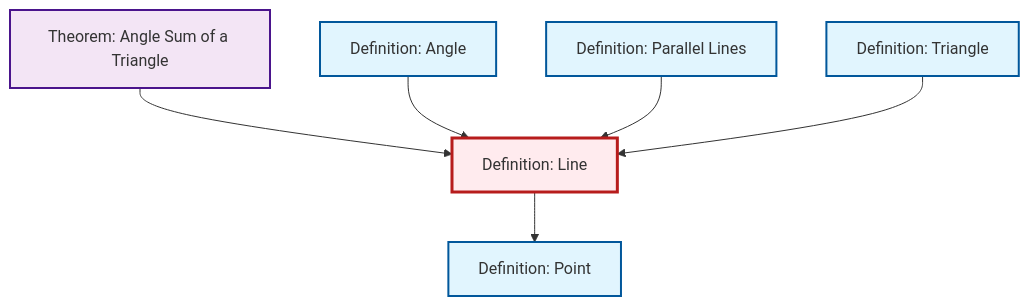
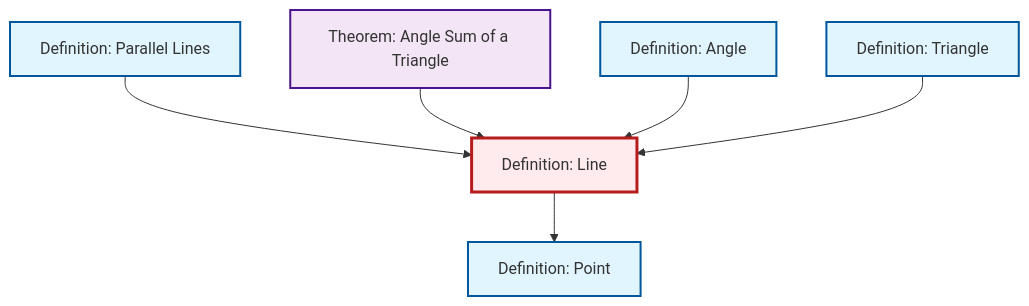
Before and after one commit to RK0429/ModernMath: the diagram in content/ja/geometry/def-line.qmd, drawn with Mermaid. The commit also changed other lines of this file and 654 other files, not shown here.

````diff
--- a/content/ja/geometry/def-line.qmd
+++ b/content/ja/geometry/def-line.qmd
@@ -46,26 +46,26 @@
 ```{mermaid}
 %%| fig-cap: "Local dependency graph"
 graph TD
     classDef definition fill:#e1f5fe,stroke:#01579b,stroke-width:2px
     classDef theorem fill:#f3e5f5,stroke:#4a148c,stroke-width:2px
     classDef axiom fill:#fff3e0,stroke:#e65100,stroke-width:2px
     classDef example fill:#e8f5e9,stroke:#1b5e20,stroke-width:2px
     classDef current fill:#ffebee,stroke:#b71c1c,stroke-width:3px
+    def-parallel["Definition: Parallel Lines"]:::definition
+    def-line["Definition: Line"]:::definition
     def-point["Definition: Point"]:::definition
-    def-parallel["Definition: Parallel Lines"]:::definition
     def-triangle["Definition: Triangle"]:::definition
     thm-angle-sum-triangle["Theorem: Angle Sum of a Triangle"]:::theorem
     def-angle["Definition: Angle"]:::definition
-    def-line["Definition: Line"]:::definition
+    def-parallel --> def-line
     thm-angle-sum-triangle --> def-line
     def-angle --> def-line
-    def-parallel --> def-line
+    def-line --> def-point
     def-triangle --> def-line
-    def-line --> def-point
     class def-line current
+    click def-parallel "def-parallel.html" "Definition: Parallel Linesへ"
     click def-point "def-point.html" "Definition: Pointへ"
-    click def-parallel "def-parallel.html" "Definition: Parallel Linesへ"
     click def-triangle "def-triangle.html" "Definition: Triangleへ"
     click thm-angle-sum-triangle "thm-angle-sum-triangle.html" "Theorem: Angle Sum of a Triangleへ"
     click def-angle "def-angle.html" "Definition: Angleへ"
 ```
````
